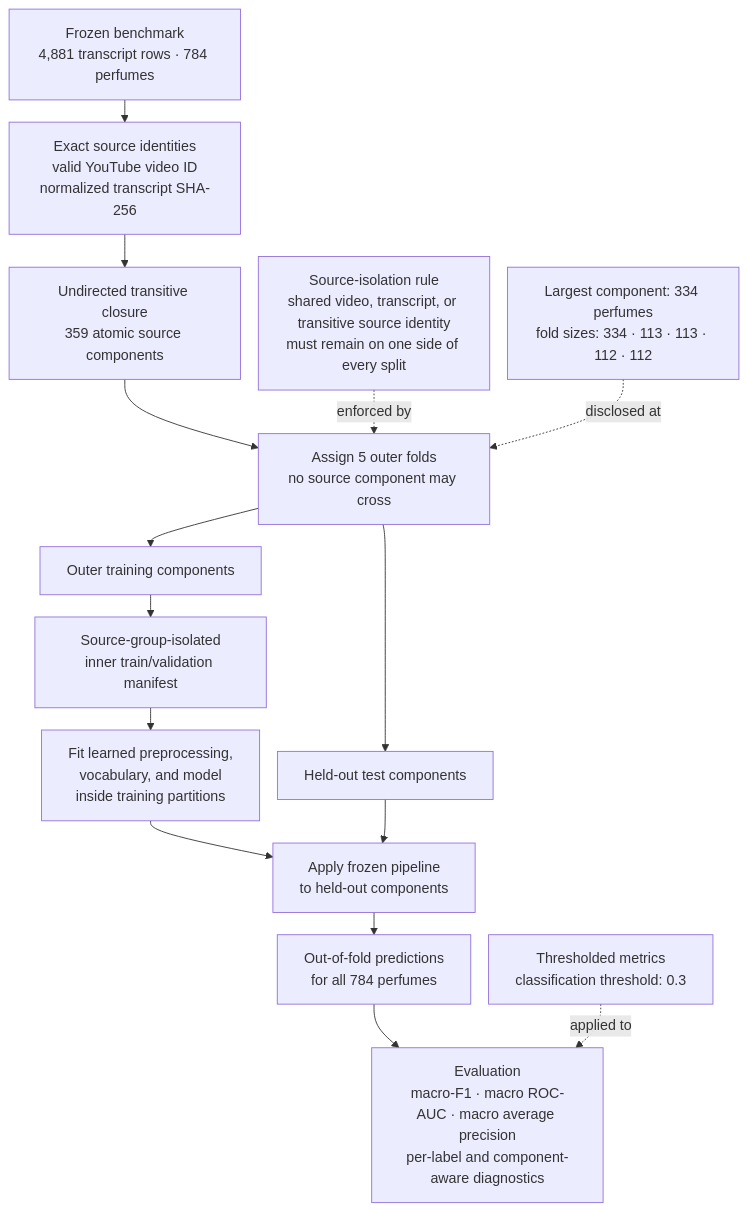
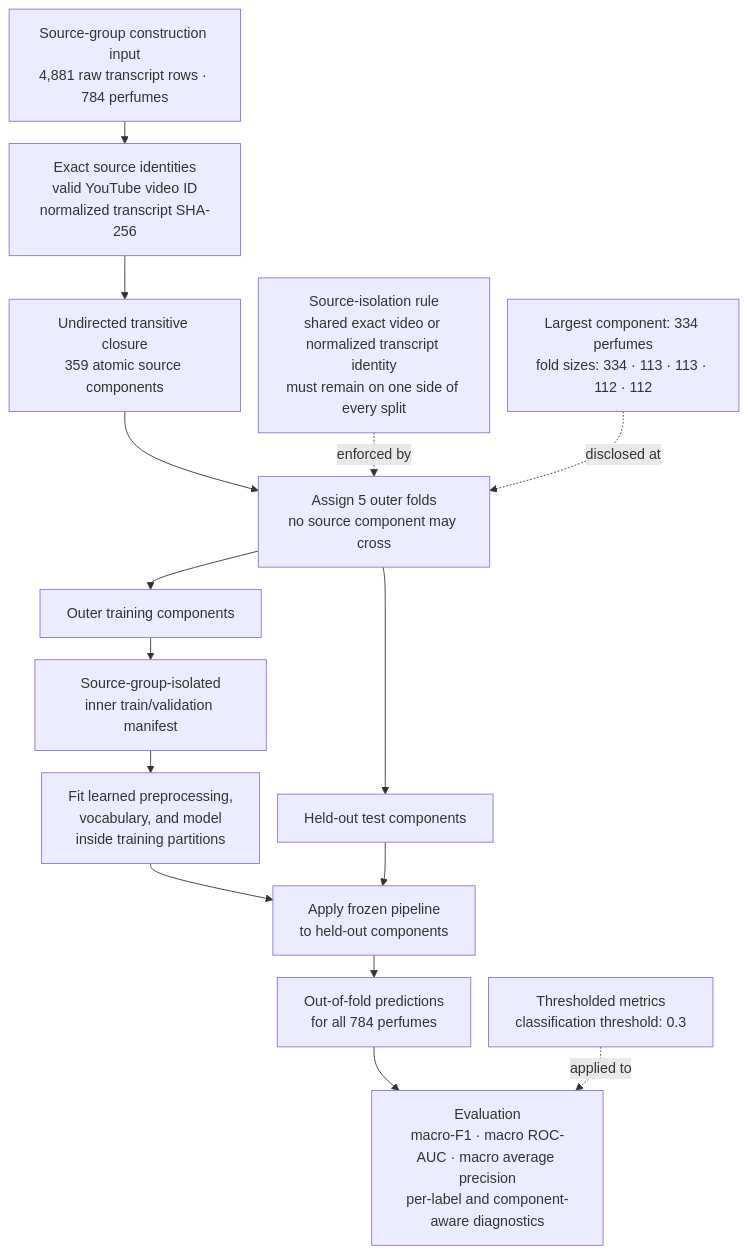
The diagram in docs/thesis/mermaid diagrams/mermaid codes/figure_3_5_cross_validation_leakage_control.mmd (ececanga/Sentiment-Analysis-for-Perfume-Reviews), drawn with Mermaid before and after one commit. The commit also changed 36 other files, not shown here.

```diff
--- a/docs/thesis/mermaid diagrams/mermaid codes/figure_3_5_cross_validation_leakage_control.mmd
+++ b/docs/thesis/mermaid diagrams/mermaid codes/figure_3_5_cross_validation_leakage_control.mmd
@@ -1,29 +1,29 @@
 ---
 config:
   layout: dagre
   flowchart:
     nodeSpacing: 20
     rankSpacing: 25
 ---
 flowchart TD
-    A["Frozen benchmark<br/>4,881 transcript rows · 784 perfumes"]
+    A["Source-group construction input<br/>4,881 raw transcript rows · 784 perfumes"]
     B["Exact source identities<br/>valid YouTube video ID<br/>normalized transcript SHA-256"]
 
     A --> B
     B --> C["Undirected transitive closure<br/>359 atomic source components"]
     C --> D["Assign 5 outer folds<br/>no source component may cross"]
 
     D --> E["Outer training components"]
     D --> F["Held-out test components"]
 
     E --> V["Source-group-isolated<br/>inner train/validation manifest"]
     V --> G["Fit learned preprocessing,<br/>vocabulary, and model<br/>inside training partitions"]
     G --> H["Apply frozen pipeline<br/>to held-out components"]
     F --> H
 
     H --> I["Out-of-fold predictions<br/>for all 784 perfumes"]
     I --> J["Evaluation<br/>macro-F1 · macro ROC-AUC · macro average precision<br/>per-label and component-aware diagnostics"]
 
-    K["Source-isolation rule<br/>shared video, transcript, or transitive source identity<br/>must remain on one side of every split"] -. enforced by .-> D
+    K["Source-isolation rule<br/>shared exact video or normalized transcript identity<br/>must remain on one side of every split"] -. enforced by .-> D
     M["Largest component: 334 perfumes<br/>fold sizes: 334 · 113 · 113 · 112 · 112"] -. disclosed at .-> D
     L["Thresholded metrics<br/>classification threshold: 0.3"] -. applied to .-> J
```
